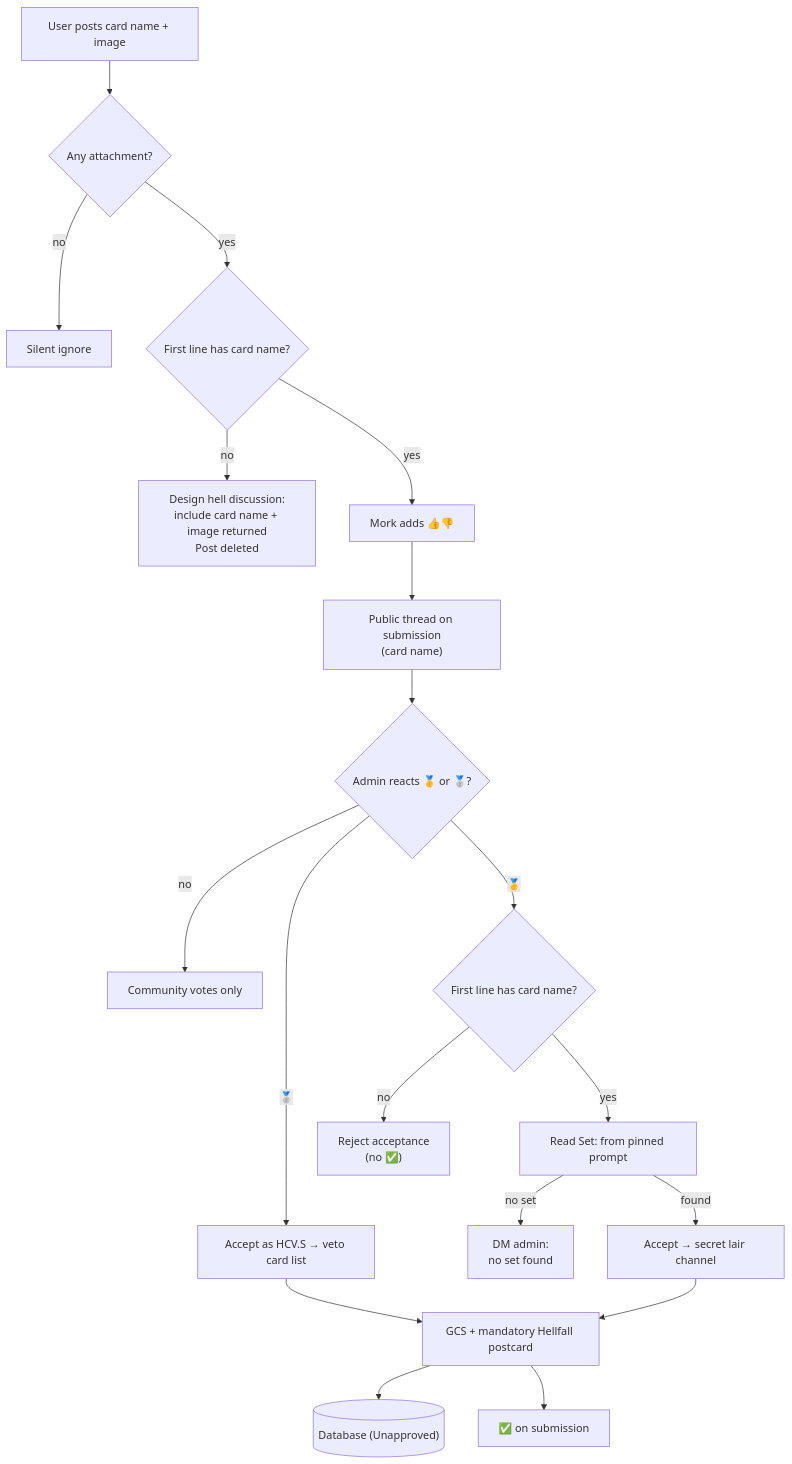
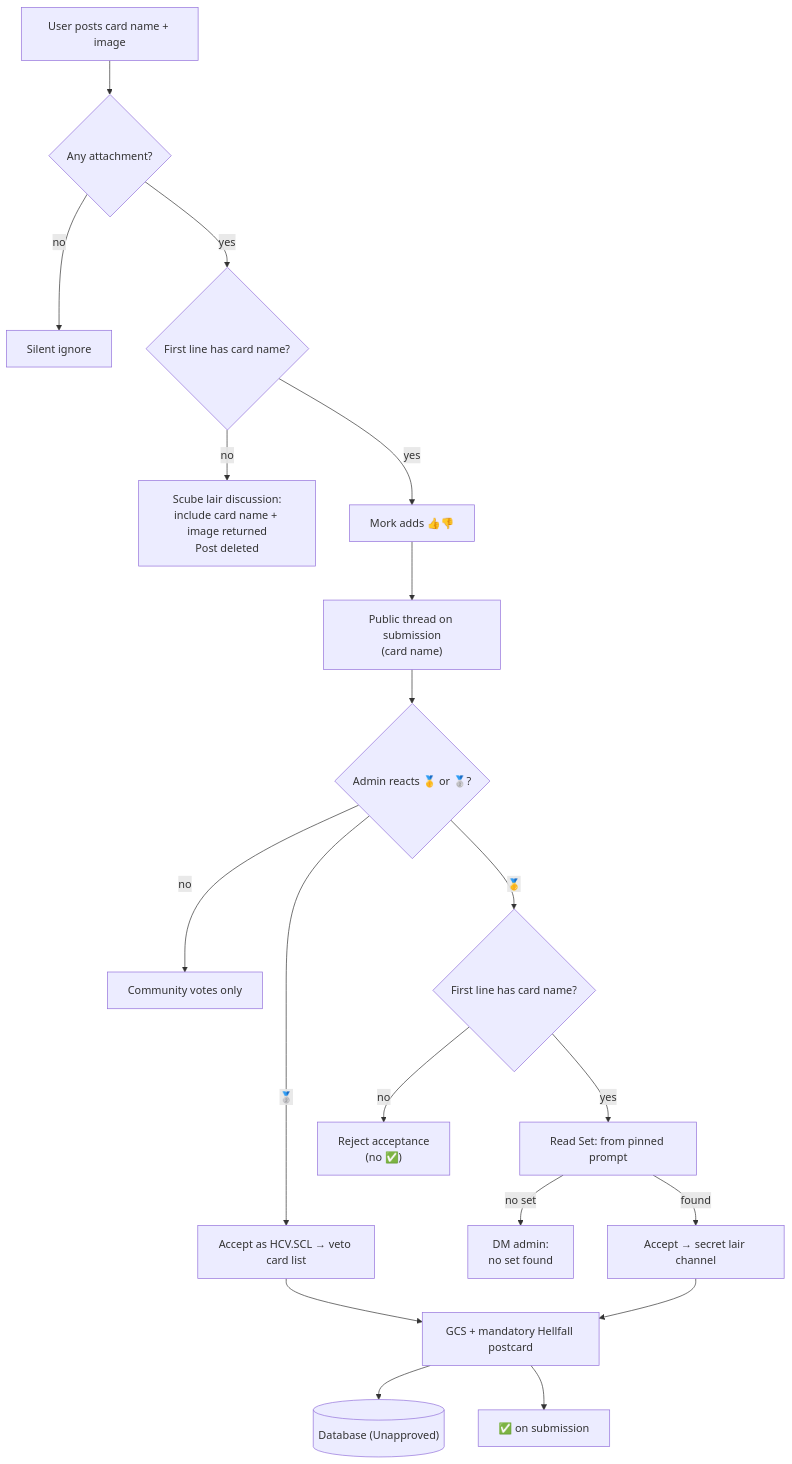
The fifth of 6 diagrams in docs/card-flows/submissions.md (bones-bones/mork), drawn with Mermaid before and after one commit. The commit also changed other lines of this file and 86 other files, not shown here.

````diff
--- a/docs/card-flows/submissions.md
+++ b/docs/card-flows/submissions.md
@@ -142,21 +142,21 @@
 ```mermaid
 flowchart TD
   U["User posts card name + image"] --> ATT{"Any attachment?"}
   ATT -->|no| MISS["Silent ignore"]
   ATT -->|yes| NAME{"First line has card name?"}
-  NAME -->|no| NONAME["Design hell discussion:<br/>include card name + image returned<br/>Post deleted"]
+  NAME -->|no| NONAME["Scube lair discussion:<br/>include card name + image returned<br/>Post deleted"]
   NAME -->|yes| V["Mork adds 👍👎"]
   V --> THREAD["Public thread on submission<br/>(card name)"]
   THREAD --> MED{"Admin reacts 🥇 or 🥈?"}
   MED -->|no| WAIT["Community votes only"]
-  MED -->|🥈| VETO["Accept as HCV.S → veto card list"]
+  MED -->|🥈| VETO["Accept as HCV.SCL → veto card list"]
   MED -->|🥇| TITLE{"First line has card name?"}
   TITLE -->|no| REJ["Reject acceptance<br/>(no ✅)"]
   TITLE -->|yes| PIN["Read Set: from pinned prompt"]
   PIN -->|no set| NOSET["DM admin:<br/>no set found"]
   PIN -->|found| SL["Accept → secret lair channel"]
   VETO --> ACC["GCS + mandatory Hellfall postcard"]
   SL --> ACC
   ACC --> SH[("Database (Unapproved)")]
   ACC --> OK["✅ on submission"]
 ```
````
